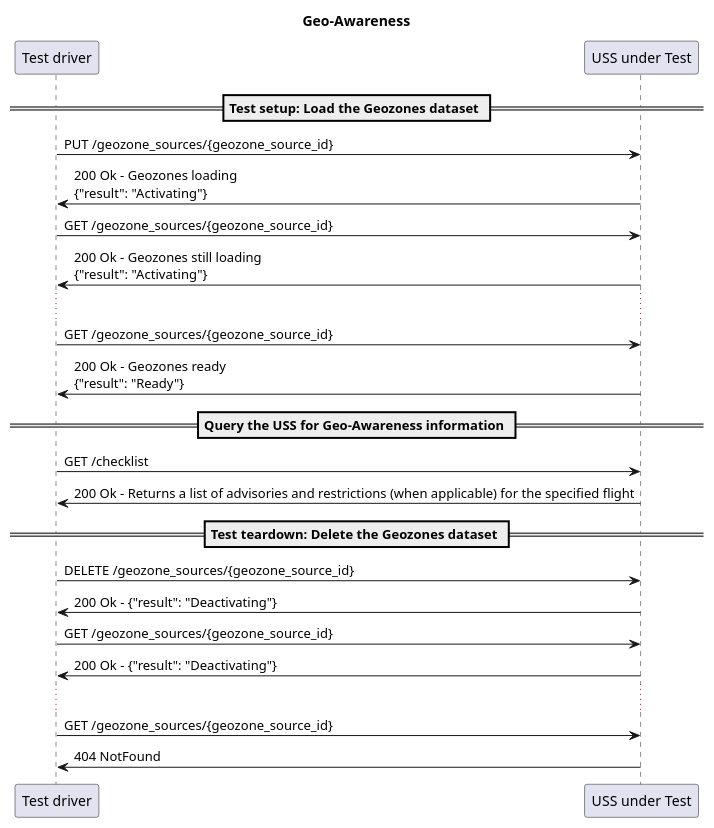
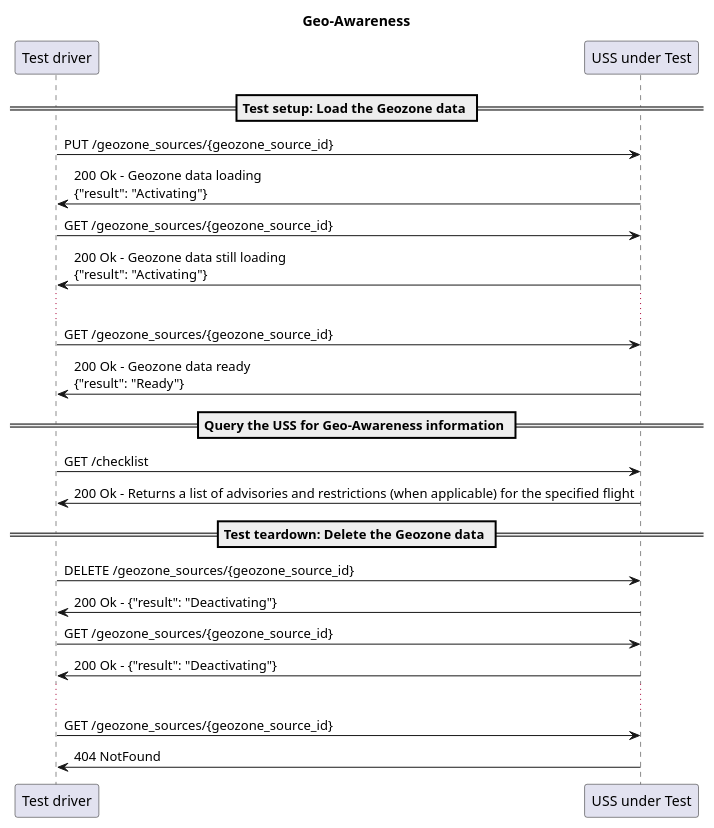
One commit to interuss/dss changed the diagram in interfaces/automated-testing/geo-awareness/design/sequence.plantuml. Above: the diagram before and after it, drawn with PlantUML.

Commit message:
Replace Geozones dataset by Geozone data as expressed in ED-269

```diff
--- a/interfaces/automated-testing/geo-awareness/design/sequence.plantuml
+++ b/interfaces/automated-testing/geo-awareness/design/sequence.plantuml
@@ -1,37 +1,37 @@
 @startuml
 title Geo-Awareness
 
 participant TD as "Test driver"
 participant U as "USS under Test"
 
-== Test setup: Load the Geozones dataset ==
+== Test setup: Load the Geozone data ==
 TD -> U: PUT /geozone_sources/{geozone_source_id}
-TD <- U: 200 Ok - Geozones loading\n{"result": "Activating"}
+TD <- U: 200 Ok - Geozone data loading\n{"result": "Activating"}
 
 TD -> U: GET /geozone_sources/{geozone_source_id}
-TD <- U: 200 Ok - Geozones still loading\n{"result": "Activating"}
+TD <- U: 200 Ok - Geozone data still loading\n{"result": "Activating"}
 
 ...
 
 TD -> U: GET /geozone_sources/{geozone_source_id}
-TD <- U: 200 Ok - Geozones ready\n{"result": "Ready"}
+TD <- U: 200 Ok - Geozone data ready\n{"result": "Ready"}
 
 == Query the USS for Geo-Awareness information ==
 
 TD -> U: GET /checklist
 TD <- U: 200 Ok - Returns a list of advisories and restrictions (when applicable) for the specified flight
 
-== Test teardown: Delete the Geozones dataset ==
+== Test teardown: Delete the Geozone data ==
 
 TD -> U: DELETE /geozone_sources/{geozone_source_id}
 TD <- U: 200 Ok - {"result": "Deactivating"}
 
 TD -> U: GET /geozone_sources/{geozone_source_id}
 TD <- U: 200 Ok - {"result": "Deactivating"}
 
 ...
 
 TD -> U: GET /geozone_sources/{geozone_source_id}
 TD <- U: 404 NotFound
 
 @enduml
```
